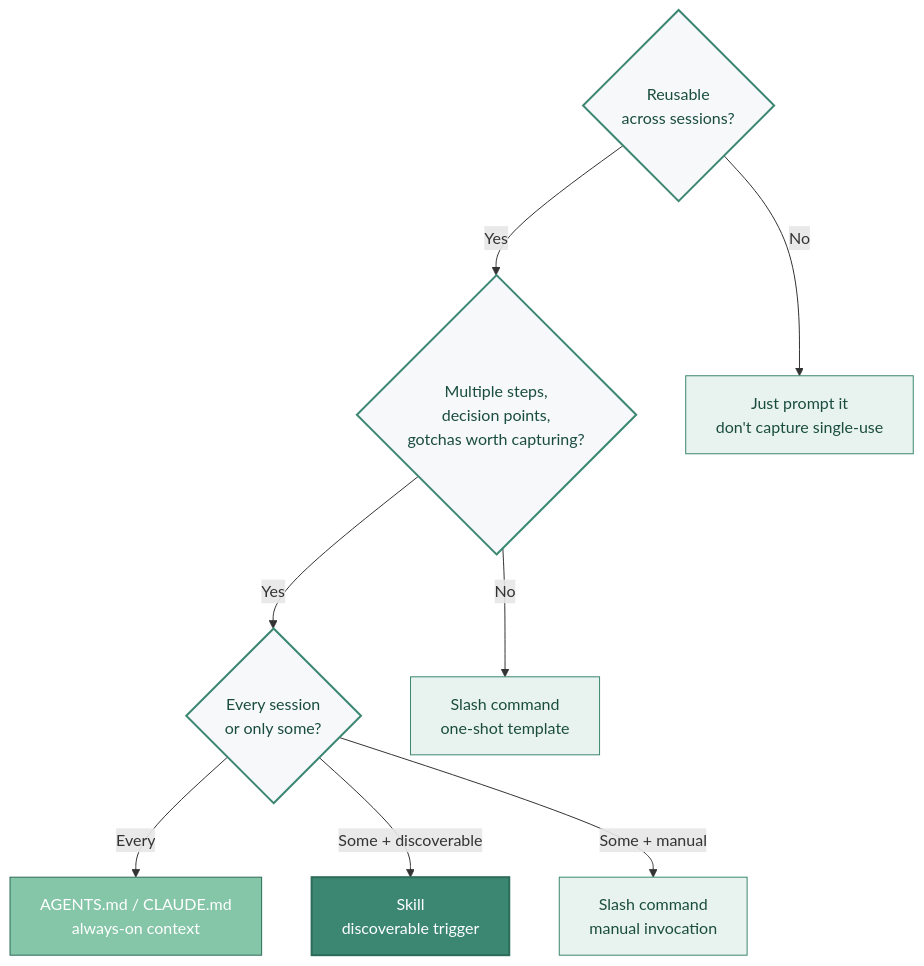
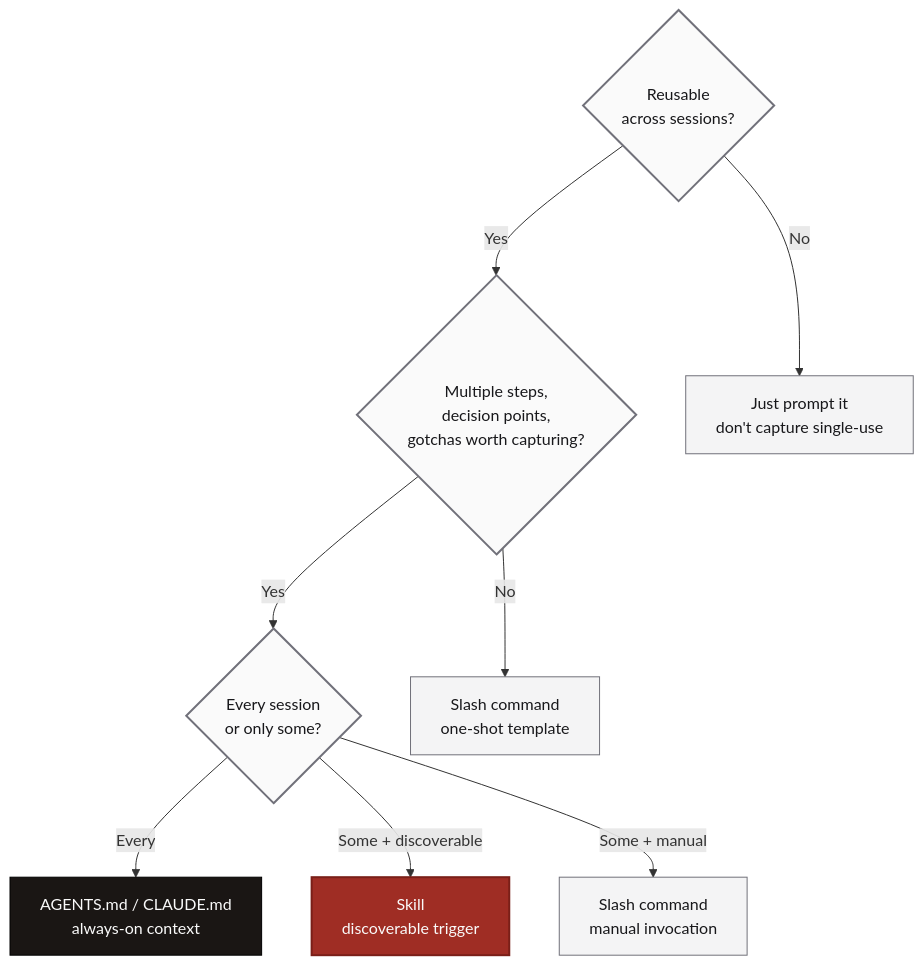
One commit to pochadri/ai-coding changed the diagram in 06-skills-and-memory/building-your-own.md. Above: the diagram before and after it, drawn with Mermaid. The commit also changed 5 other files, not shown here.

````diff
--- a/06-skills-and-memory/building-your-own.md
+++ b/06-skills-and-memory/building-your-own.md
@@ -122,25 +122,25 @@
 ```mermaid
 flowchart TD
     Q1{Reusable<br/>across sessions?}:::q
     Q2{Multiple steps,<br/>decision points,<br/>gotchas worth capturing?}:::q
     Q3{Every session<br/>or only some?}:::q
 
     A1[Just prompt it<br/>don't capture single-use]:::ans
     A2[Slash command<br/>one-shot template]:::ans
     A3[AGENTS.md / CLAUDE.md<br/>always-on context]:::agents
     A4[Skill<br/>discoverable trigger]:::skill
     A5[Slash command<br/>manual invocation]:::ans
 
     Q1 -- "No" --> A1
     Q1 -- "Yes" --> Q2
     Q2 -- "No" --> A2
     Q2 -- "Yes" --> Q3
     Q3 -- "Every" --> A3
     Q3 -- "Some + discoverable" --> A4
     Q3 -- "Some + manual" --> A5
 
-    classDef q fill:#f6f8fa,stroke:#3c8772,color:#1a4d3e,stroke-width:2px
-    classDef ans fill:#e8f3ef,stroke:#3c8772,color:#1a4d3e
-    classDef skill fill:#3c8772,stroke:#2d6b5a,color:#fff,stroke-width:2px
-    classDef agents fill:#85c5a8,stroke:#2d6b5a,color:#fff
+    classDef q fill:#FAFAFA,stroke:#71717A,color:#18181B,stroke-width:2px
+    classDef ans fill:#F4F4F5,stroke:#71717A,color:#18181B
+    classDef skill fill:#9F2D24,stroke:#7A1F18,color:#FAFAFA,stroke-width:2px
+    classDef agents fill:#1A1614,stroke:#000000,color:#FAFAFA
 ```
````
